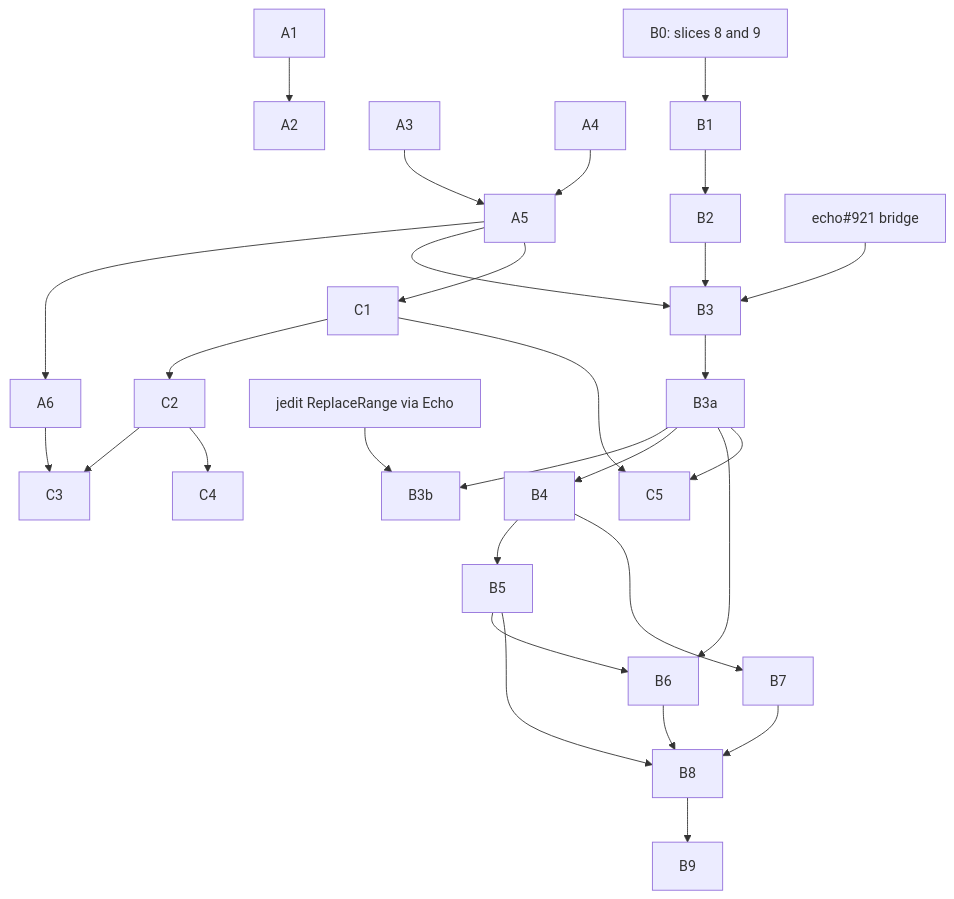
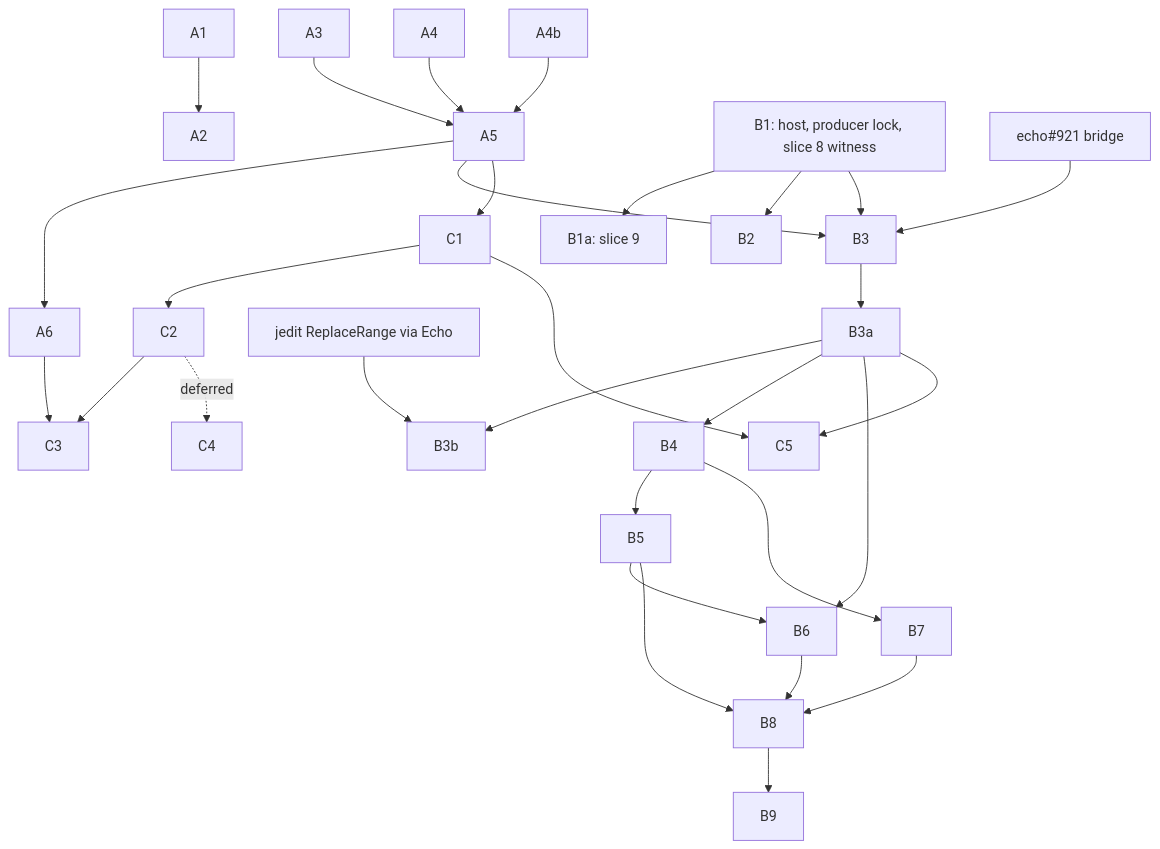
Before and after one commit to flyingrobots/graft: the diagram in ROADMAP.md, drawn with Mermaid. The commit also changed other lines of this file, not shown here.

First line of the commit message:
docs: apply the external review rulings to the Echo roadmap

````diff
--- a/ROADMAP.md
+++ b/ROADMAP.md
@@ -212,31 +287,32 @@
 ```mermaid
 graph TD
   A1 --> A2
   A3 --> A5
   A4 --> A5
+  A4b --> A5
   A5 --> A6
-  B0[B0: slices 8 and 9] --> B1
+  B1[B1: host, producer lock, slice 8 witness] --> B1a[B1a: slice 9]
   B1 --> B2
-  B2 --> B3
+  B1 --> B3
   A5 --> B3
   E921[echo#921 bridge] --> B3
   B3 --> B3a
   B3a --> B3b
   JR[jedit ReplaceRange via Echo] --> B3b
   B3a --> B4
   B4 --> B5
   B3a --> B6
   B5 --> B6
   B4 --> B7
   B5 --> B8
   B6 --> B8
   B7 --> B8
   B8 --> B9
   A5 --> C1
   C1 --> C2
   C2 --> C3
   A6 --> C3
-  C2 --> C4
+  C2 -. deferred .-> C4
   C1 --> C5
   B3a --> C5
 ```
````
